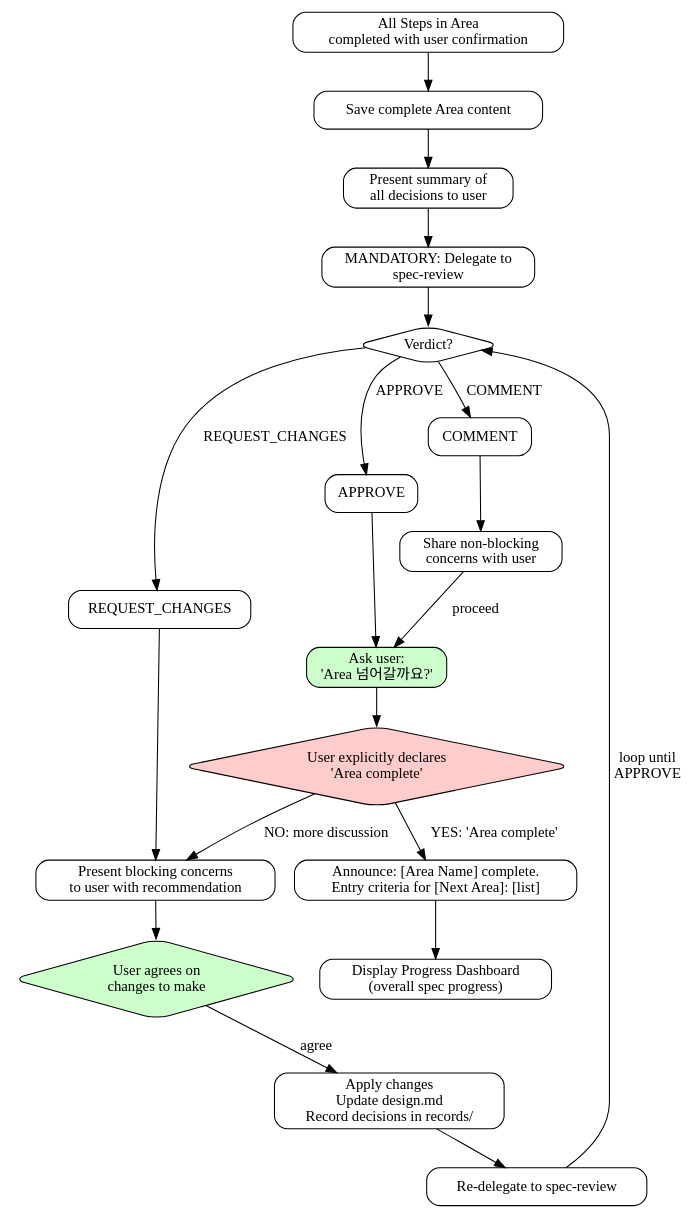
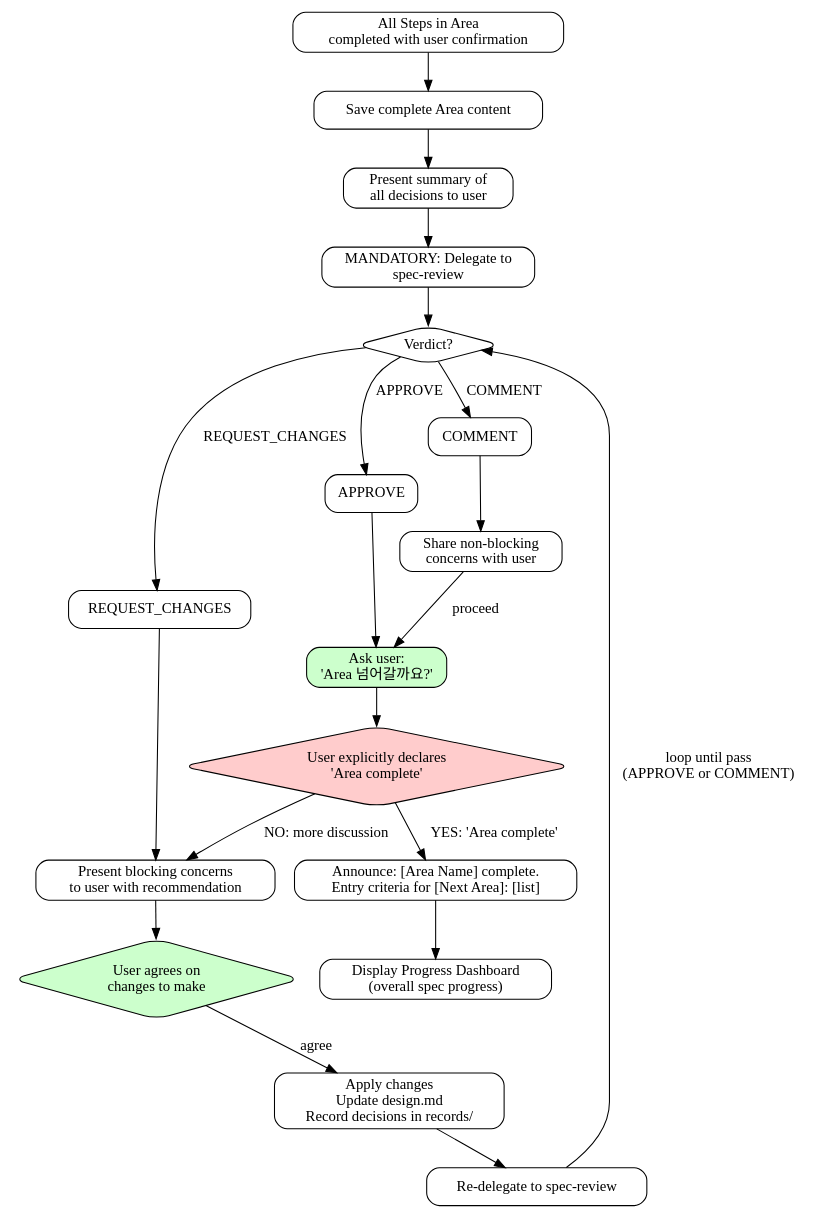
Before and after one commit to toongri/oh-my-toong-playground: the third of 3 diagrams in skills/spec/SKILL.md, drawn with Graphviz. The commit also changed other lines of this file, not shown here.

Commit message:
fix: spec DOT graph 루프 레이블 수정

````diff
--- a/skills/spec/SKILL.md
+++ b/skills/spec/SKILL.md
@@ -932,51 +932,51 @@
 ```dot
 digraph area_completion {
     rankdir=TB;
     node [shape=box, style=rounded];
 
     all_steps [label="All Steps in Area\ncompleted with user confirmation"];
     save_area [label="Save complete Area content"];
     present_summary [label="Present summary of\nall decisions to user"];
     delegate_reviewer [label="MANDATORY: Delegate to\nspec-review"];
     check_verdict [label="Verdict?", shape=diamond];
 
     approve [label="APPROVE"];
     ask_complete [label="Ask user:\n'Area 넘어갈까요?'", style="rounded,filled", fillcolor="#ccffcc"];
     user_final [label="User explicitly declares\n'Area complete'", shape=diamond, style="rounded,filled", fillcolor="#ffcccc"];
     announce_next [label="Announce: [Area Name] complete.\nEntry criteria for [Next Area]: [list]"];
     progress_dashboard [label="Display Progress Dashboard\n(overall spec progress)"];
 
     request_changes [label="REQUEST_CHANGES"];
     present_feedback [label="Present blocking concerns\nto user with recommendation"];
     user_consensus [label="User agrees on\nchanges to make", shape=diamond, style="rounded,filled", fillcolor="#ccffcc"];
     incorporate [label="Apply changes\nUpdate design.md\nRecord decisions in records/"];
     re_review [label="Re-delegate to spec-review"];
 
     comment [label="COMMENT"];
     share_comment [label="Share non-blocking\nconcerns with user"];
 
     all_steps -> save_area;
     save_area -> present_summary;
     present_summary -> delegate_reviewer;
     delegate_reviewer -> check_verdict;
 
     check_verdict -> approve [label="APPROVE"];
     approve -> ask_complete;
     ask_complete -> user_final;
 
     check_verdict -> request_changes [label="REQUEST_CHANGES"];
     request_changes -> present_feedback;
     present_feedback -> user_consensus;
     user_consensus -> incorporate [label="agree"];
     incorporate -> re_review;
-    re_review -> check_verdict [label="loop until\nAPPROVE"];
+    re_review -> check_verdict [label="loop until pass\n(APPROVE or COMMENT)"];
 
     check_verdict -> comment [label="COMMENT"];
     comment -> share_comment;
     share_comment -> ask_complete [label="proceed"];
 
     user_final -> announce_next [label="YES: 'Area complete'"];
     announce_next -> progress_dashboard;
     user_final -> present_feedback [label="NO: more discussion"];
 }
 ```
````
